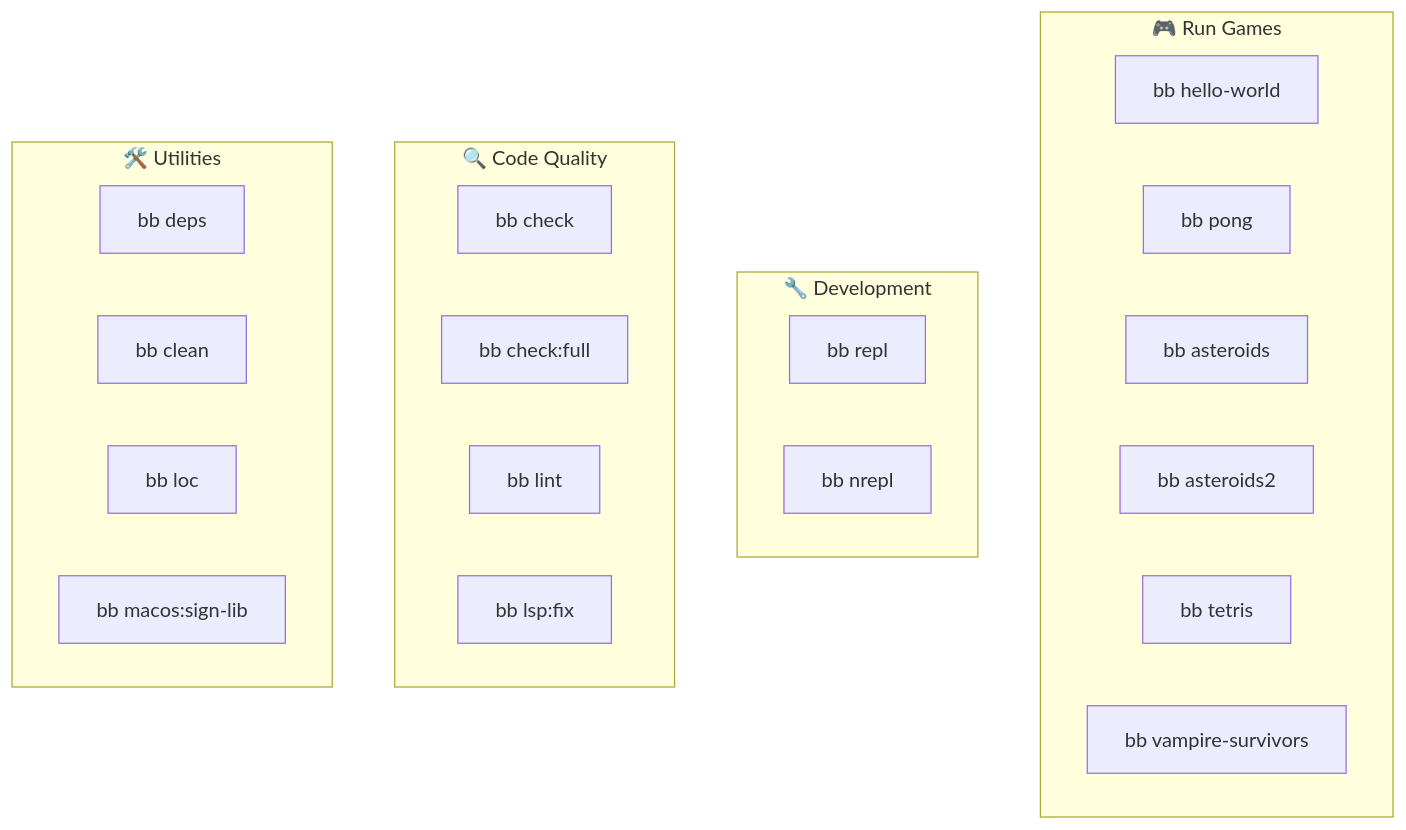
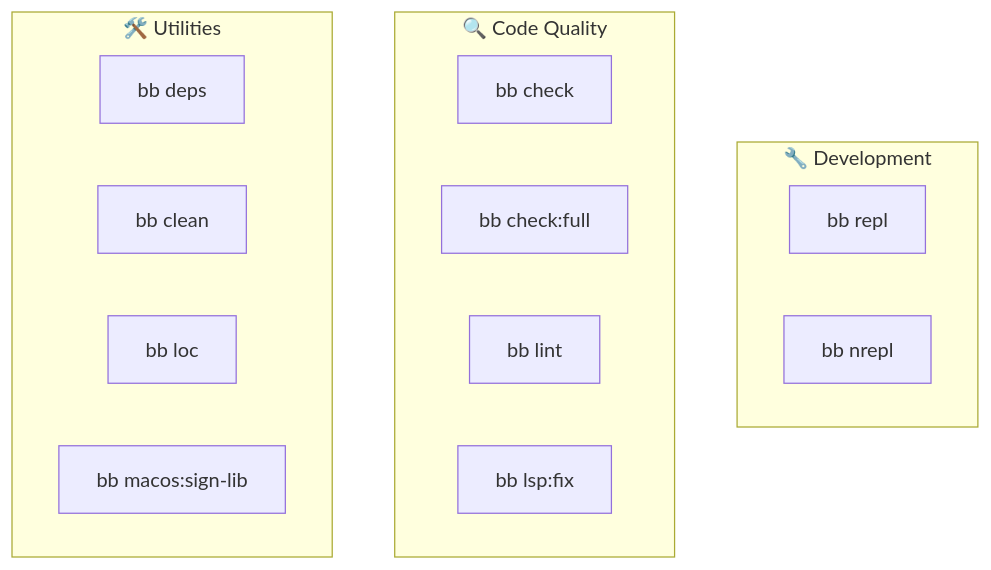
The second of 2 diagrams in README.md (b12n-oss/raylib-clj), drawn with Mermaid before and after one commit. The commit also changed other lines of this file and 277 other files, not shown here.

````diff
--- a/README.md
+++ b/README.md
@@ -97,30 +75,21 @@
 ```mermaid
 flowchart TB
-    subgraph Games["🎮 Run Games"]
-        hw["bb hello-world"]
-        pong["bb pong"]
-        ast["bb asteroids"]
-        ast2["bb asteroids2"]
-        tet["bb tetris"]
-        vamp["bb vampire-survivors"]
-    end
-    
     subgraph Dev["🔧 Development"]
         repl["bb repl"]
         nrepl["bb nrepl"]
     end
     
     subgraph Quality["🔍 Code Quality"]
         check["bb check"]
         checkfull["bb check:full"]
         lint["bb lint"]
         lspfix["bb lsp:fix"]
     end
     
     subgraph Utils["🛠️ Utilities"]
         deps["bb deps"]
         clean["bb clean"]
         loc["bb loc"]
         sign["bb macos:sign-lib"]
     end
 ```
````
